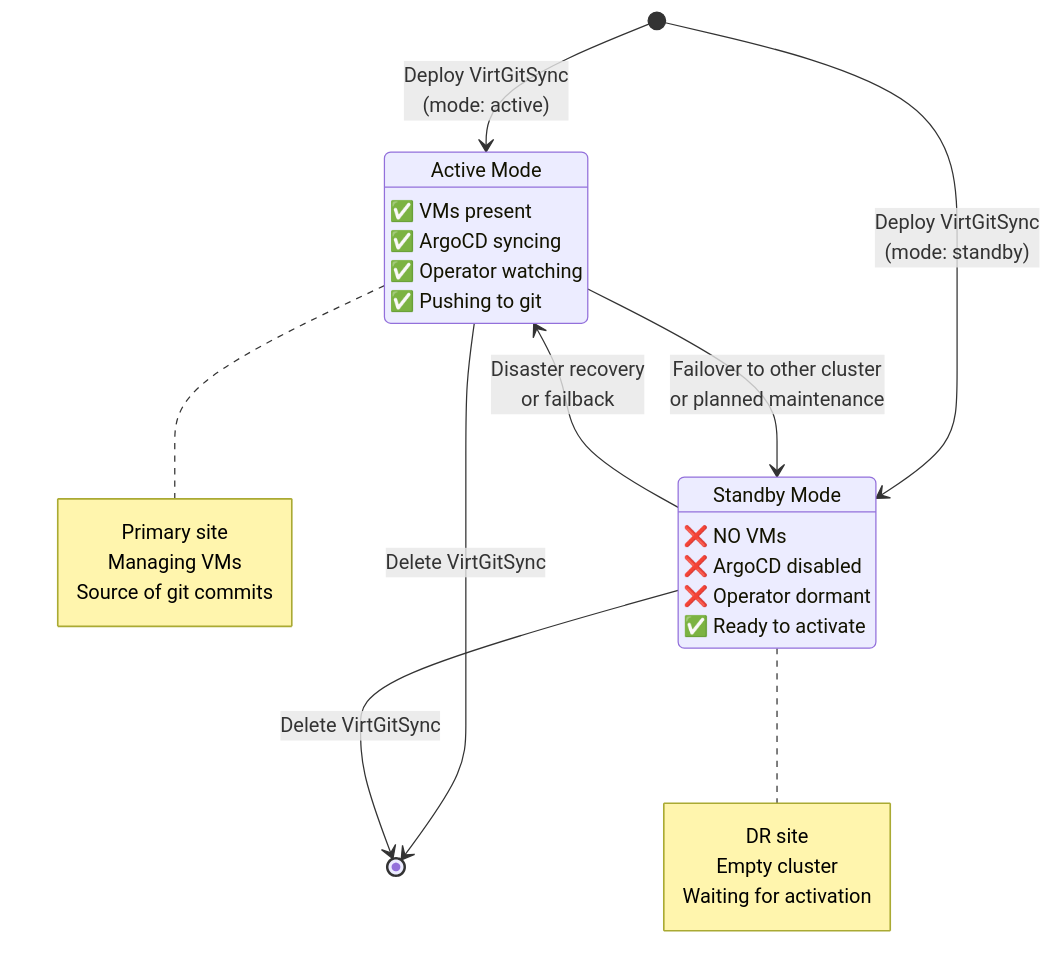
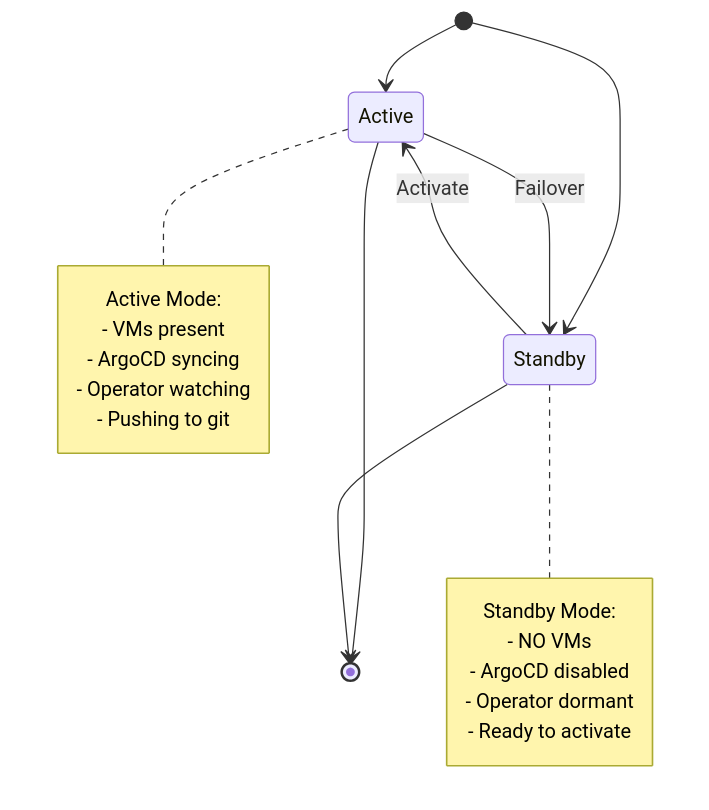
Before and after one commit to mathianasj/virt-git-sync: the fourth of 12 diagrams in docs/dr-active-standby.md, drawn with Mermaid. The commit also changed other lines of this file, not shown here.

Commit message:
Fix Mermaid diagram syntax for GitHub compatibility
Fixed Mermaid syntax issues that prevented rendering on GitHub:

1. Removed <br/> from sequence diagram participant names
   - GitHub Mermaid does not support line breaks in participant labels

2. Simplified stateDiagram-v2 to stateDiagram
   - Changed from v2 with multi-line state descriptions to simpler syntax
   - Moved state details to notes

3. Removed rect rgb() highlighting
   - GitHub does not support rect for highlighting in sequence diagrams
   - Replaced with regular notes

4. Changed -.x| to -.-| for dotted arrows
   - Use standard Mermaid dotted arrow syntax

All diagrams now render correctly on GitHub while maintaining visual clarity.

````diff
--- a/docs/dr-active-standby.md
+++ b/docs/dr-active-standby.md
@@ -129,35 +129,27 @@
 ```mermaid
-stateDiagram-v2
-    [*] --> Active: Deploy VirtGitSync<br/>(mode: active)
-    [*] --> Standby: Deploy VirtGitSync<br/>(mode: standby)
+stateDiagram
+    [*] --> Active
+    [*] --> Standby
     
-    Active: Active Mode
-    Active: ✅ VMs present
-    Active: ✅ ArgoCD syncing
-    Active: ✅ Operator watching
-    Active: ✅ Pushing to git
+    Active --> Standby: Failover
+    Standby --> Active: Activate
     
-    Standby: Standby Mode  
-    Standby: ❌ NO VMs
-    Standby: ❌ ArgoCD disabled
-    Standby: ❌ Operator dormant
-    Standby: ✅ Ready to activate
-    
-    Active --> Standby: Failover to other cluster<br/>or planned maintenance
-    Standby --> Active: Disaster recovery<br/>or failback
-    
-    Active --> [*]: Delete VirtGitSync
-    Standby --> [*]: Delete VirtGitSync
+    Active --> [*]
+    Standby --> [*]
     
     note right of Active
-        Primary site
-        Managing VMs
-        Source of git commits
+        Active Mode:
+        - VMs present
+        - ArgoCD syncing
+        - Operator watching
+        - Pushing to git
     end note
     
     note right of Standby
-        DR site
-        Empty cluster
-        Waiting for activation
+        Standby Mode:
+        - NO VMs
+        - ArgoCD disabled
+        - Operator dormant
+        - Ready to activate
     end note
 ```
````
